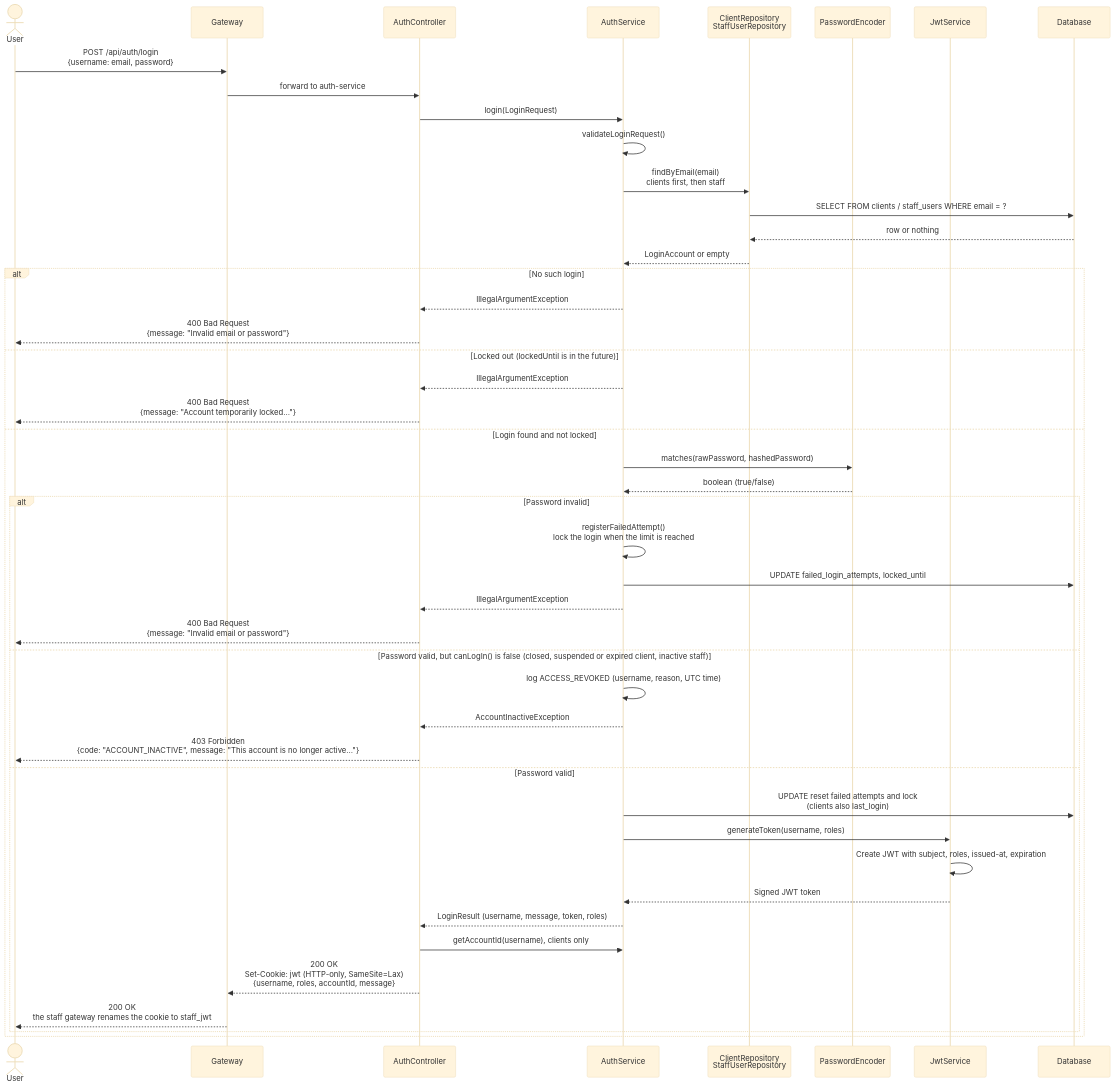
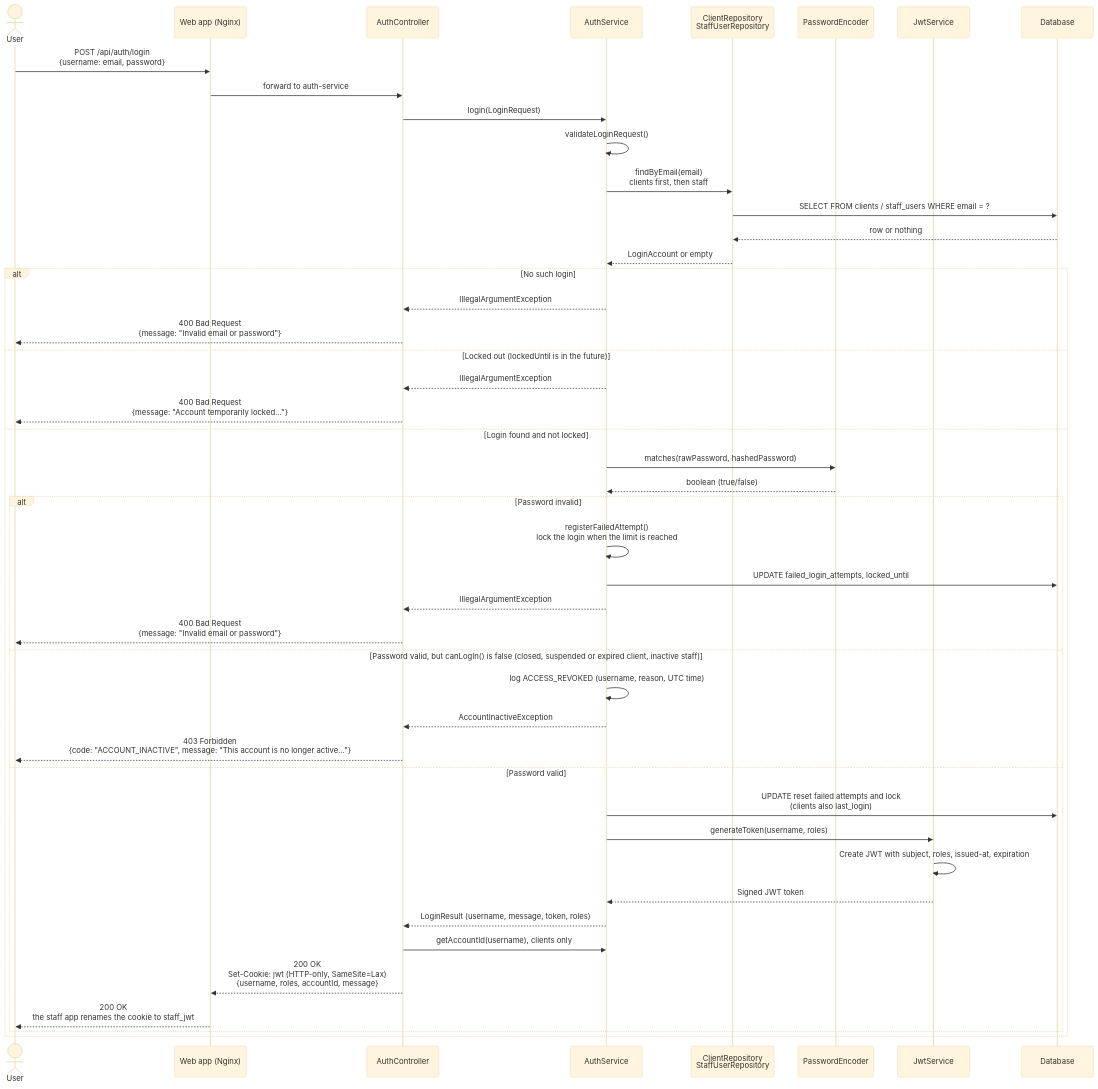
One commit to aditya0774/LeMarketJames changed the third of 5 diagrams in README.md. Above: the diagram before and after it, drawn with Mermaid (base theme). The commit also changed other lines of this file and 554 other files, not shown here.

````diff
--- a/README.md
+++ b/README.md
@@ -1279,50 +1239,50 @@
 ```mermaid
 sequenceDiagram
     actor User
-    participant Gateway
+    participant WebApp as Web app (Nginx)
     participant AuthController
     participant AuthService
     participant Repositories as ClientRepository<br/>StaffUserRepository
     participant PasswordEncoder
     participant JwtService
     participant Database
 
-    User->>Gateway: POST /api/auth/login<br/>{username: email, password}
-    Gateway->>AuthController: forward to auth-service
+    User->>WebApp: POST /api/auth/login<br/>{username: email, password}
+    WebApp->>AuthController: forward to auth-service
     AuthController->>AuthService: login(LoginRequest)
     AuthService->>AuthService: validateLoginRequest()
     AuthService->>Repositories: findByEmail(email)<br/>clients first, then staff
     Repositories->>Database: SELECT FROM clients / staff_users WHERE email = ?
     Database-->>Repositories: row or nothing
     Repositories-->>AuthService: LoginAccount or empty
 
     alt No such login
         AuthService-->>AuthController: IllegalArgumentException
         AuthController-->>User: 400 Bad Request<br/>{message: "Invalid email or password"}
     else Locked out (lockedUntil is in the future)
         AuthService-->>AuthController: IllegalArgumentException
         AuthController-->>User: 400 Bad Request<br/>{message: "Account temporarily locked..."}
     else Login found and not locked
         AuthService->>PasswordEncoder: matches(rawPassword, hashedPassword)
         PasswordEncoder-->>AuthService: boolean (true/false)
         alt Password invalid
             AuthService->>AuthService: registerFailedAttempt()<br/>lock the login when the limit is reached
             AuthService->>Database: UPDATE failed_login_attempts, locked_until
             AuthService-->>AuthController: IllegalArgumentException
             AuthController-->>User: 400 Bad Request<br/>{message: "Invalid email or password"}
         else Password valid, but canLogIn() is false (closed, suspended or expired client, inactive staff)
             AuthService->>AuthService: log ACCESS_REVOKED (username, reason, UTC time)
             AuthService-->>AuthController: AccountInactiveException
             AuthController-->>User: 403 Forbidden<br/>{code: "ACCOUNT_INACTIVE", message: "This account is no longer active..."}
         else Password valid
             AuthService->>Database: UPDATE reset failed attempts and lock<br/>(clients also last_login)
             AuthService->>JwtService: generateToken(username, roles)
             JwtService->>JwtService: Create JWT with subject, roles, issued-at, expiration
             JwtService-->>AuthService: Signed JWT token
             AuthService-->>AuthController: LoginResult (username, message, token, roles)
             AuthController->>AuthService: getAccountId(username), clients only
-            AuthController-->>Gateway: 200 OK<br/>Set-Cookie: jwt (HTTP-only, SameSite=Lax)<br/>{username, roles, accountId, message}
-            Gateway-->>User: 200 OK<br/>the staff gateway renames the cookie to staff_jwt
+            AuthController-->>WebApp: 200 OK<br/>Set-Cookie: jwt (HTTP-only, SameSite=Lax)<br/>{username, roles, accountId, message}
+            WebApp-->>User: 200 OK<br/>the staff app renames the cookie to staff_jwt
         end
     end
 ```
````
